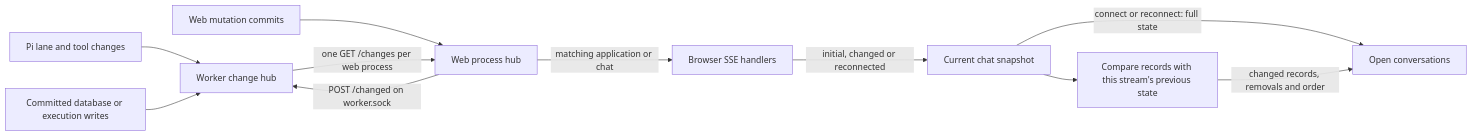
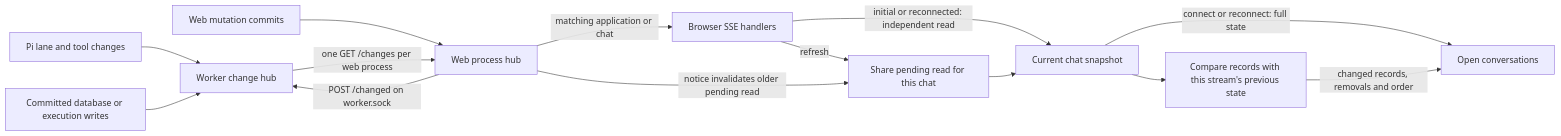
Before and after one commit to lustoykov/hallvi: the second of 6 diagrams in docs/architecture.md, drawn with Mermaid. The commit also changed other lines of this file and 10 other files, not shown here.

Commit message:
Share overlapping conversation refresh reads

````diff
--- a/docs/architecture.md
+++ b/docs/architecture.md
@@ -76,13 +76,16 @@
 ```mermaid
 flowchart LR
     Pi[Pi lane and tool changes] --> Hub[Worker change hub]
     Writes[Committed database or execution writes] --> Hub
     WebWrite[Web mutation commits] --> Local[Web process hub]
     Local -->|POST /changed on worker.sock| Hub
     Hub -->|one GET /changes per web process| Local
     Local -->|matching application or chat| Stream[Browser SSE handlers]
-    Stream -->|initial, changed or reconnected| Snapshot[Current chat snapshot]
+    Stream -->|initial or reconnected: independent read| Snapshot[Current chat snapshot]
+    Stream -->|refresh| Pending[Share pending read for this chat]
+    Local -->|notice invalidates older pending read| Pending
+    Pending --> Snapshot
     Snapshot -->|connect or reconnect: full state| Browser[Open conversations]
     Snapshot --> Compare[Compare records with this stream's previous state]
     Compare -->|changed records, removals and order| Browser
 ```
````
